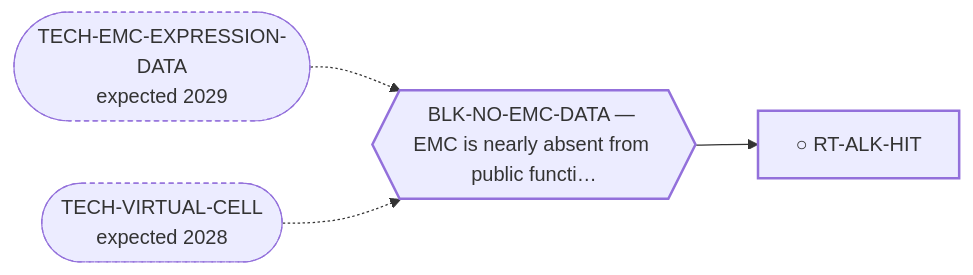
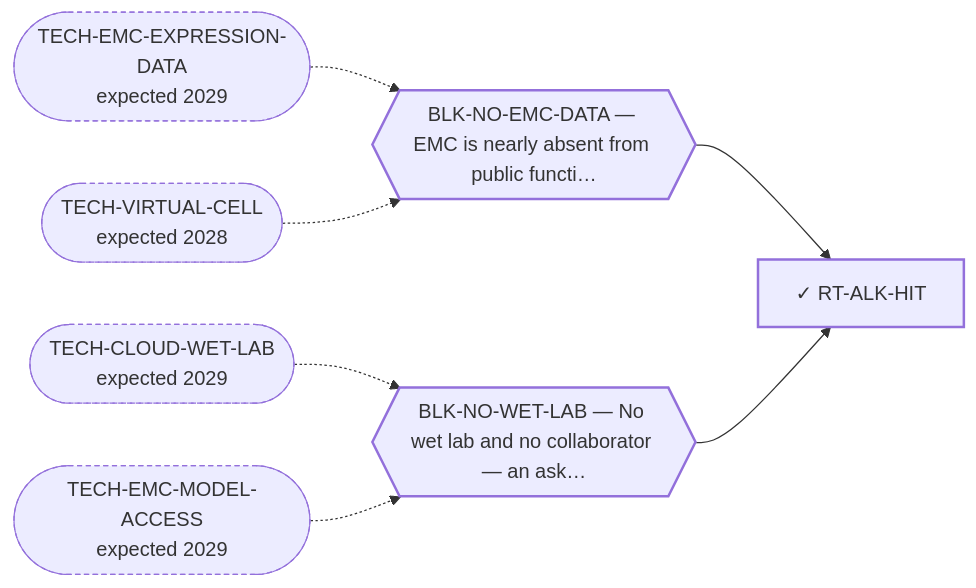
Before and after one commit to trimcrae/Rare-cancers: the diagram in systems/views/L2-rt-alk-hit.md, drawn with Mermaid. The commit also changed other lines of this file and 15 other files, not shown here.

````diff
--- a/systems/views/L2-rt-alk-hit.md
+++ b/systems/views/L2-rt-alk-hit.md
@@ -27,14 +27,20 @@
 ```mermaid
 flowchart LR
-  RT_ALK_HIT["○ RT-ALK-HIT"]:::fam
+  RT_ALK_HIT["✓ RT-ALK-HIT"]:::fam
   BLK_NO_EMC_DATA{{"BLK-NO-EMC-DATA — EMC is nearly absent from public functi…"}}:::blk
   BLK_NO_EMC_DATA --> RT_ALK_HIT
   TECH_EMC_EXPRESSION_DATA(["TECH-EMC-EXPRESSION-DATA<br/>expected 2029"]):::tech
   TECH_EMC_EXPRESSION_DATA -.-> BLK_NO_EMC_DATA
   TECH_VIRTUAL_CELL(["TECH-VIRTUAL-CELL<br/>expected 2028"]):::tech
   TECH_VIRTUAL_CELL -.-> BLK_NO_EMC_DATA
+  BLK_NO_WET_LAB{{"BLK-NO-WET-LAB — No wet lab and no collaborator — an ask…"}}:::blk
+  BLK_NO_WET_LAB --> RT_ALK_HIT
+  TECH_CLOUD_WET_LAB(["TECH-CLOUD-WET-LAB<br/>expected 2029"]):::tech
+  TECH_CLOUD_WET_LAB -.-> BLK_NO_WET_LAB
+  TECH_EMC_MODEL_ACCESS(["TECH-EMC-MODEL-ACCESS<br/>expected 2029"]):::tech
+  TECH_EMC_MODEL_ACCESS -.-> BLK_NO_WET_LAB
   classDef fam stroke-width:2px;
   classDef blk stroke-width:2px;
   classDef perm stroke-width:4px;
   classDef tech stroke-width:1px,stroke-dasharray:4 3;
 ```
````
